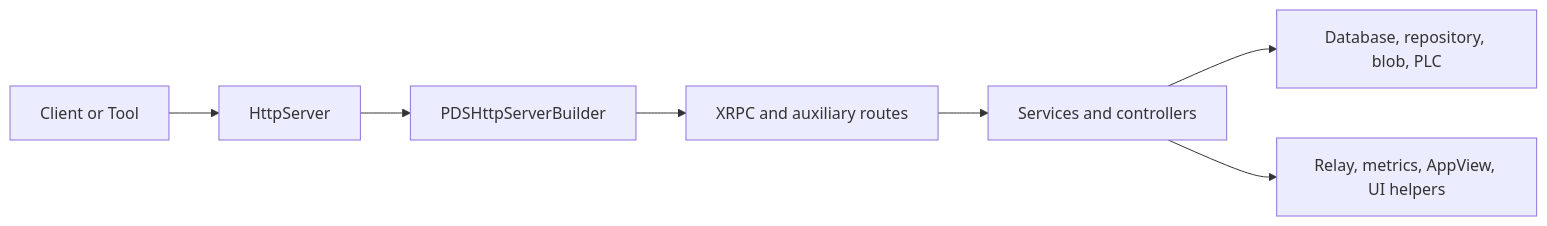
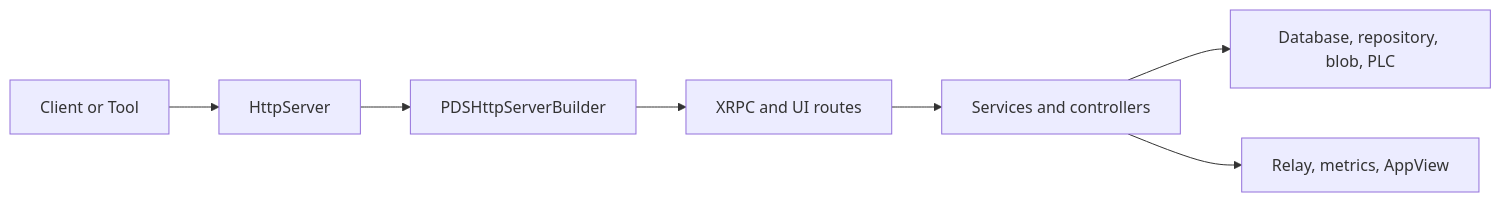
Before and after one commit to jvalinsky/garazyk: the diagram in docs/01-getting-started/codebase-map.md, drawn with Mermaid. The commit also changed other lines of this file and 117 other files, not shown here.

````diff
--- a/docs/01-getting-started/codebase-map.md
+++ b/docs/01-getting-started/codebase-map.md
@@ -47,9 +49,9 @@
 ```mermaid
 flowchart LR
   Client["Client or Tool"] --> Http["HttpServer"]
   Http --> Builder["PDSHttpServerBuilder"]
-  Builder --> Xrpc["XRPC and auxiliary routes"]
+  Builder --> Xrpc["XRPC and UI routes"]
   Xrpc --> Services["Services and controllers"]
   Services --> Data["Database, repository, blob, PLC"]
-  Services --> Side["Relay, metrics, AppView, UI helpers"]
+  Services --> Side["Relay, metrics, AppView"]
 ```
````
